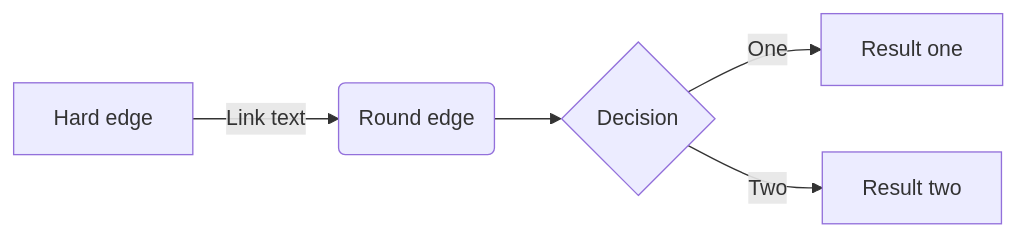
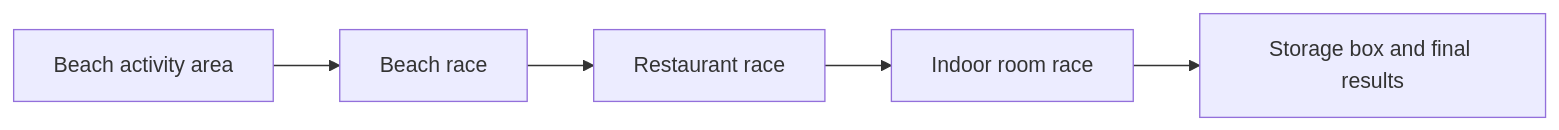
One commit to ppxjing/Pony-Parkour changed the diagram in README.md. Above: the diagram before and after it, drawn with Mermaid. The commit also changed other lines of this file, not shown here.

````diff
--- a/README.md
+++ b/README.md
@@ -101,7 +61,7 @@
 ```mermaid
-graph LR
-    A[Hard edge] -->|Link text| B(Round edge)
-    B --> C{Decision}
-    C -->|One| D[Result one]
-    C -->|Two| E[Result two]
+flowchart LR
+    A[Beach activity area] --> B[Beach race]
+    B --> C[Restaurant race]
+    C --> D[Indoor room race]
+    D --> E[Storage box and final results]
 ```
````
